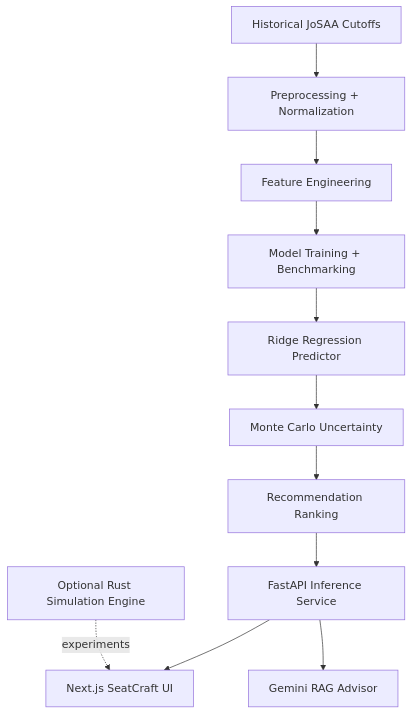
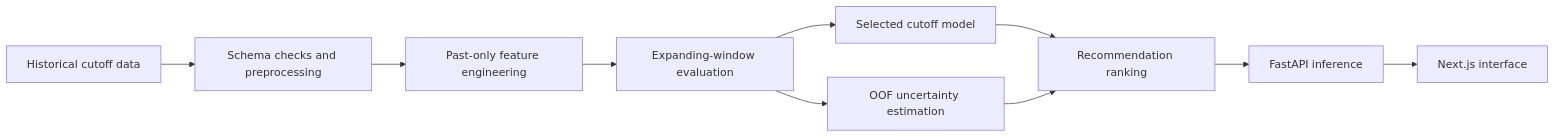
Before and after one commit to KrishBnsl/inlui: the first of 2 diagrams in README.md, drawn with Mermaid. The commit also changed other lines of this file and 280 other files, not shown here.

Commit message:
refactor: make SeatCraft an evidence-backed research prototype

````diff
--- a/README.md
+++ b/README.md
@@ -19,13 +120,12 @@
 ```mermaid
-graph TD
-    A[Historical JoSAA Cutoffs] --> B[Preprocessing + Normalization]
-    B --> C[Feature Engineering]
-    C --> D[Model Training + Benchmarking]
-    D --> E[Ridge Regression Predictor]
-    E --> F[Monte Carlo Uncertainty]
-    F --> G[Recommendation Ranking]
-    G --> H[FastAPI Inference Service]
-    H --> I[Next.js SeatCraft UI]
-    H --> J[Gemini RAG Advisor]
-    K[Optional Rust Simulation Engine] -. experiments .-> I
+flowchart LR
+    D[Historical cutoff data] --> P[Schema checks and preprocessing]
+    P --> F[Past-only feature engineering]
+    F --> E[Expanding-window evaluation]
+    E --> M[Selected cutoff model]
+    E --> U[OOF uncertainty estimation]
+    M --> R[Recommendation ranking]
+    U --> R
+    R --> A[FastAPI inference]
+    A --> W[Next.js interface]
 ```
````
